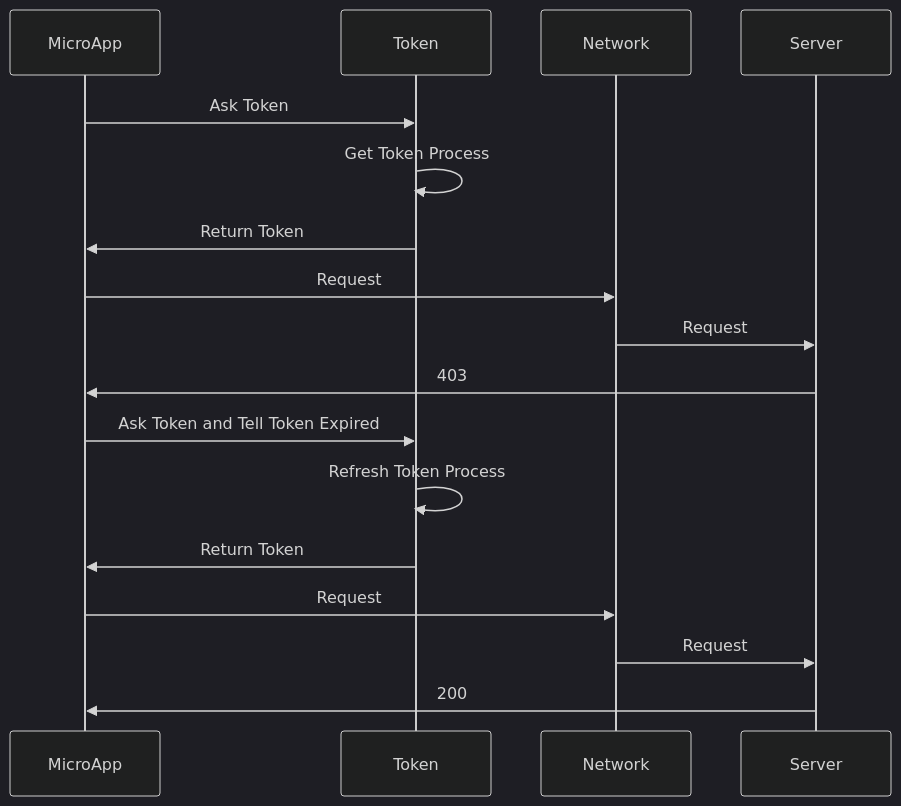
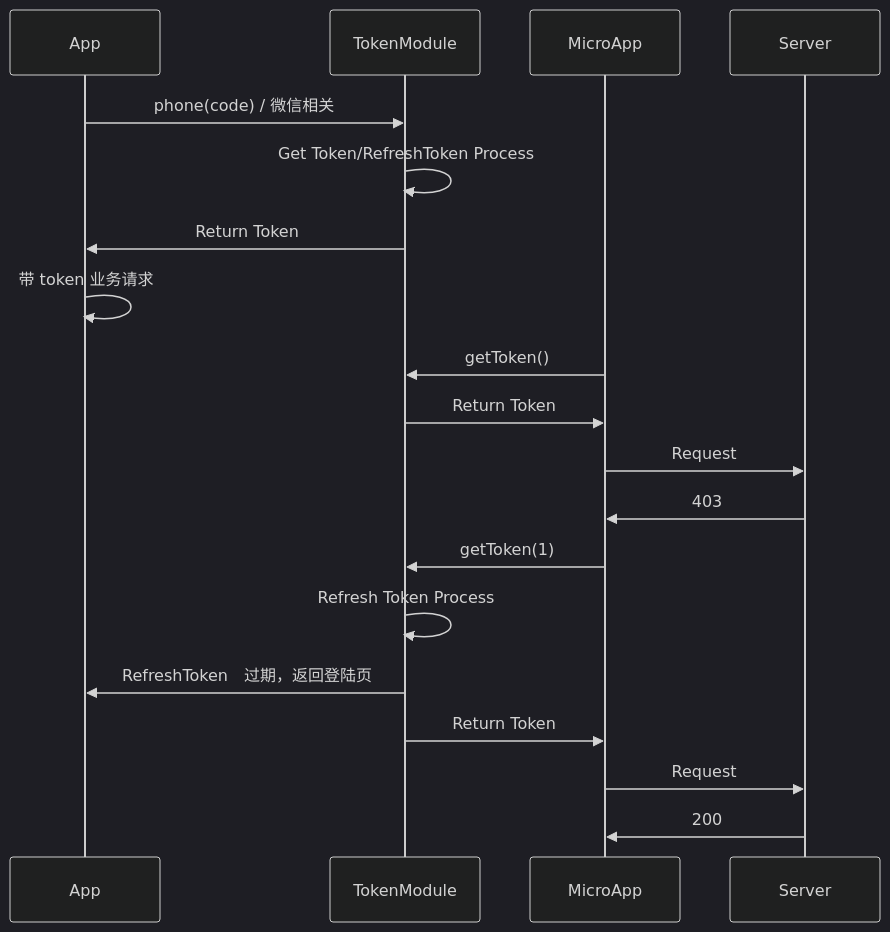
The second of 2 diagrams in modules/x-engine-docs/透明token设计.md (zk4/x-engine), drawn with Mermaid (dark theme) before and after one commit. The commit also changed 2 other files, not shown here.

````diff
--- a/modules/x-engine-docs/透明token设计.md
+++ b/modules/x-engine-docs/透明token设计.md
@@ -36,21 +36,21 @@
 ```mermaid
 sequenceDiagram
+		participant App
+    participant TokenModule
     participant MicroApp
-    participant Token
-    participant Network
     participant Server
-    MicroApp->>Token:Ask Token
-    Token->>Token:Get Token Process
-    Token->>MicroApp:Return Token
-    MicroApp->>Network: Request
-    Network->>Server: Request
+    App->>TokenModule: phone(code) / 微信相关
+    TokenModule->>TokenModule: Get Token/RefreshToken Process
+    TokenModule->>App:Return Token
+    App->>App: 带 token 业务请求
+    MicroApp->>TokenModule:getToken()
+    TokenModule->>MicroApp:Return Token
+    MicroApp->>Server: Request
     Server->>MicroApp: 403
-    MicroApp->>Token : Ask Token and Tell Token Expired
-    Token->>Token:Refresh Token Process
-    Token->>MicroApp:Return Token
-    MicroApp->>Network: Request
-    Network->>Server: Request
+    MicroApp->>TokenModule : getToken(1)
+    TokenModule->>TokenModule:Refresh Token Process
+    TokenModule->>App:　RefreshToken　过期，返回登陆页
+    TokenModule->>MicroApp:Return Token
+    MicroApp->>Server: Request
     Server->>MicroApp: 200
-
-
 ```
````
